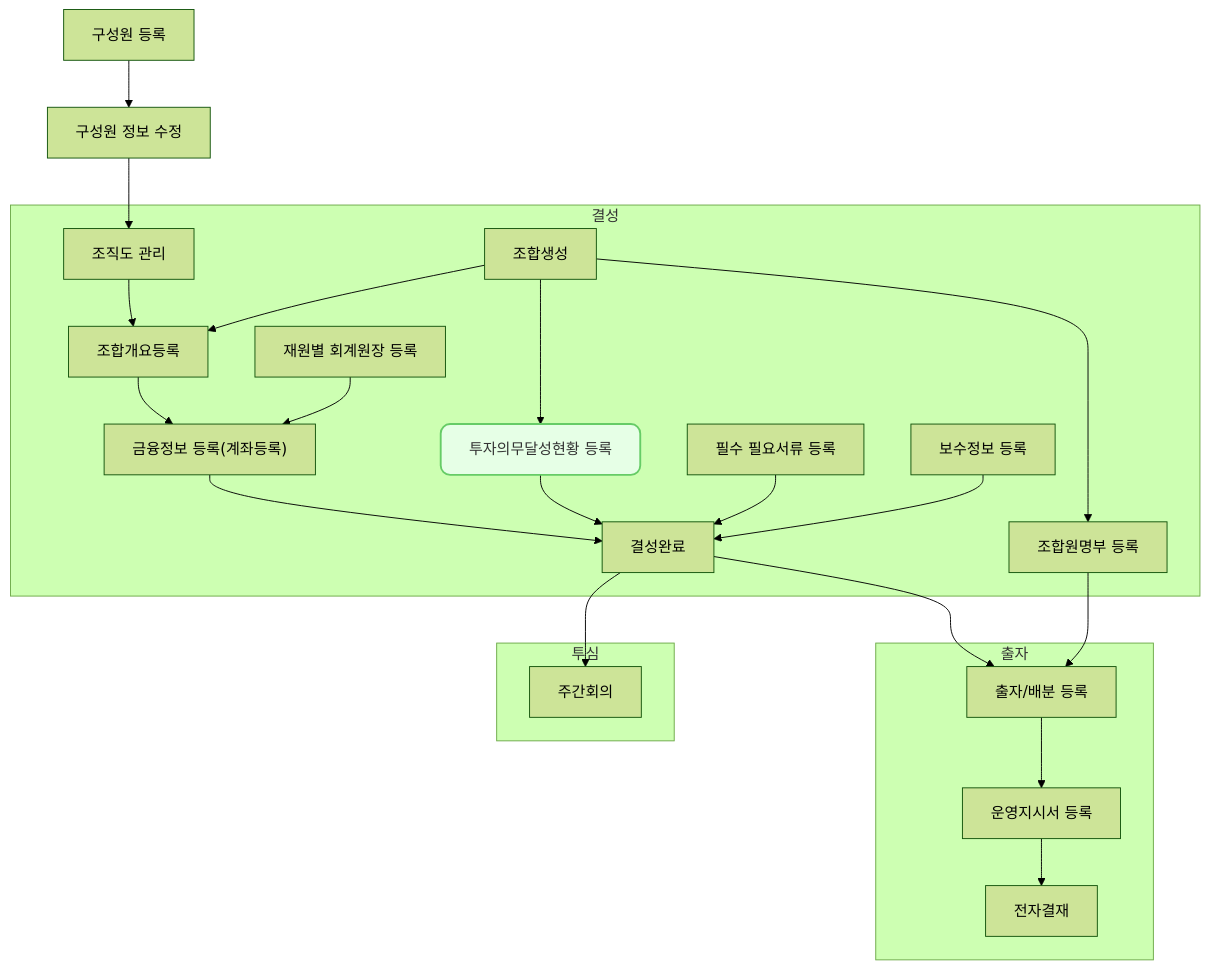
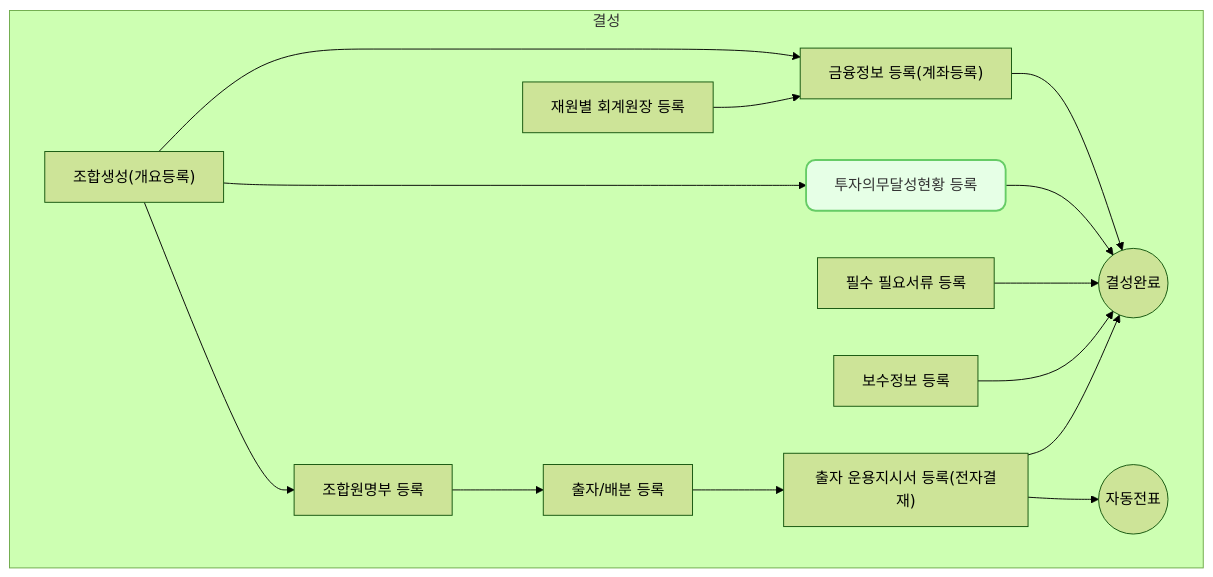
The diagram in _posts/2024-07-04-fd0010.md (cotes2020/jekyll-theme-chirpy), drawn with Mermaid (forest theme) before and after one commit. The commit also changed 11 other files, not shown here.

Commit message:
다이어그램 일괄수정 중간 저장

````diff
--- a/_posts/2024-07-04-fd0010.md
+++ b/_posts/2024-07-04-fd0010.md
@@ -47,71 +47,74 @@
 ```mermaid
 flowchart TD
 
-        hr0001["구성원 등록"]
-        hr0002["구성원 정보 수정"]
-        hr0007["조직도 관리"]
-
-        hr0001 --> hr0002
-        hr0002 --> hr0007
-
     subgraph 결성["결성"]
-        fd0001["조합생성"]
-        fd0009["조합개요등록"]
+        fd0001["조합생성(개요등록)"]
+        %% fd0009["조합개요등록"]
         fd0010["투자의무달성현황 등록"]
         fd0011["조합원명부 등록"]
         fm0010["재원별 회계원장 등록"]
         fd0009a["금융정보 등록(계좌등록)"]
         fd0013["필수 필요서류 등록"]
         fd0012["보수정보 등록"]
-        fd0000["결성완료"]
+        fd0000(("결성완료"))
 
-        hr0007 --> fd0009
-        fd0001 --> fd0009
+        
+        %% fd0001 --> fd0001
         fd0001 --> fd0010
         fd0001 --> fd0011 
-        fd0009 --> fd0009a 
+        fd0001 --> fd0009a 
         fm0010 --> fd0009a
 
 
         fd0009a-->fd0000
         fd0010-->fd0000
         fd0013-->fd0000
         fd0012-->fd0000
-    end
 
-    subgraph 출자["출자"]
         fd0006["출자/배분 등록"]
-        oi0002["운영지시서 등록"]
-        ed0001["전자결재"]
+        oi0002["출자 운용지시서 등록(전자결재)"]
+        fm0001a(("자동전표"))
 
-        fd0000 --> fd0006
+        %% fd0000 --> fd0006
         fd0011 --> fd0006
-        fd0006 --> oi0002 --> ed0001
+        fd0006 --> oi0002 
+        oi0002 --> fm0001a
+        oi0002 --> fd0000
 
     end
 
-    subgraph 투자심의["투심"]
-        wr0003["주간회의"]
-        fd0000 --> wr0003
-
-    end
-
-    %% 셋팅 --> 결성
+ 
     
 click hr0001 "{% post_url 2024-07-02-hr0001 %}" " "
 click hr0002 "{% post_url 2024-07-02-hr0002 %}" " "
 click hr0007 "{% post_url 2024-07-02-hr0007 %}" " "
 click se0005 "{% post_url 2024-07-02-se0005 %}" " "
 click se0003 "{% post_url 2024-07-03-se0003 %}" " "
 click fd0001 "{% post_url 2024-07-04-fd0001 %}" " "
 click fd0010 "{% post_url 2024-07-04-fd0010 %}" " "
 click fd0011 "{% post_url 2024-07-04-fd0011 %}" " "
 click fm0010 "{% post_url 2024-07-04-fm0010 %}" " "
 click fd0009a "{% post_url 2024-07-05-fd0009a %}" " "
 click fd0013 "{% post_url 2024-07-05-fd0013 %}" " "
 click fd0012 "{% post_url 2024-07-06-fd0012 %}" " "
 click fd0006 "{% post_url 2024-07-07-fd0006 %}" " "
 click oi0002 "{% post_url 2024-07-07-oi0002 %}" " "
+click wr0003 "{% post_url 2024-07-09-wr0003 %}" " "
+click vs0003 "{% post_url 2024-07-10-vs0003 %}" " "
+click vs0006 "{% post_url 2024-07-11-vs0006 %}" " "
+click ed0001a "{% post_url 2024-07-12-ed0001a %}" " "
+click oi0003 "{% post_url 2024-07-13-oi0003 %}" " "
+click vs0009 "{% post_url 2024-07-14-vs0009 %}" " "
+click pm0001 "{% post_url 2024-07-15-pm0001 %}" " "
+click pm0004 "{% post_url 2024-07-16-pm0004 %}" " "
+click fm0002 "{% post_url 2024-07-17-fm0002 %}" " "
+click ex0001 "{% post_url 2024-07-18-ex0001 %}" " "
+click oi0001 "{% post_url 2024-07-19-oi0001 %}" " "
+click ex0007 "{% post_url 2024-07-20-ex0007 %}" " "
+click ex0009 "{% post_url 2024-07-21-ex0009 %}" " "
+click ex0009a "{% post_url 2024-07-22-ex0009 %}" " "
+click fm0002a "{% post_url 2024-07-23-fm0002 %}" " "
 
 style fd0010 fill:#e6ffe6,stroke:#66cc66,stroke-width:2px,rx:10,ry:10,color:#333333,fontColor:#333333
+
 ```
````
